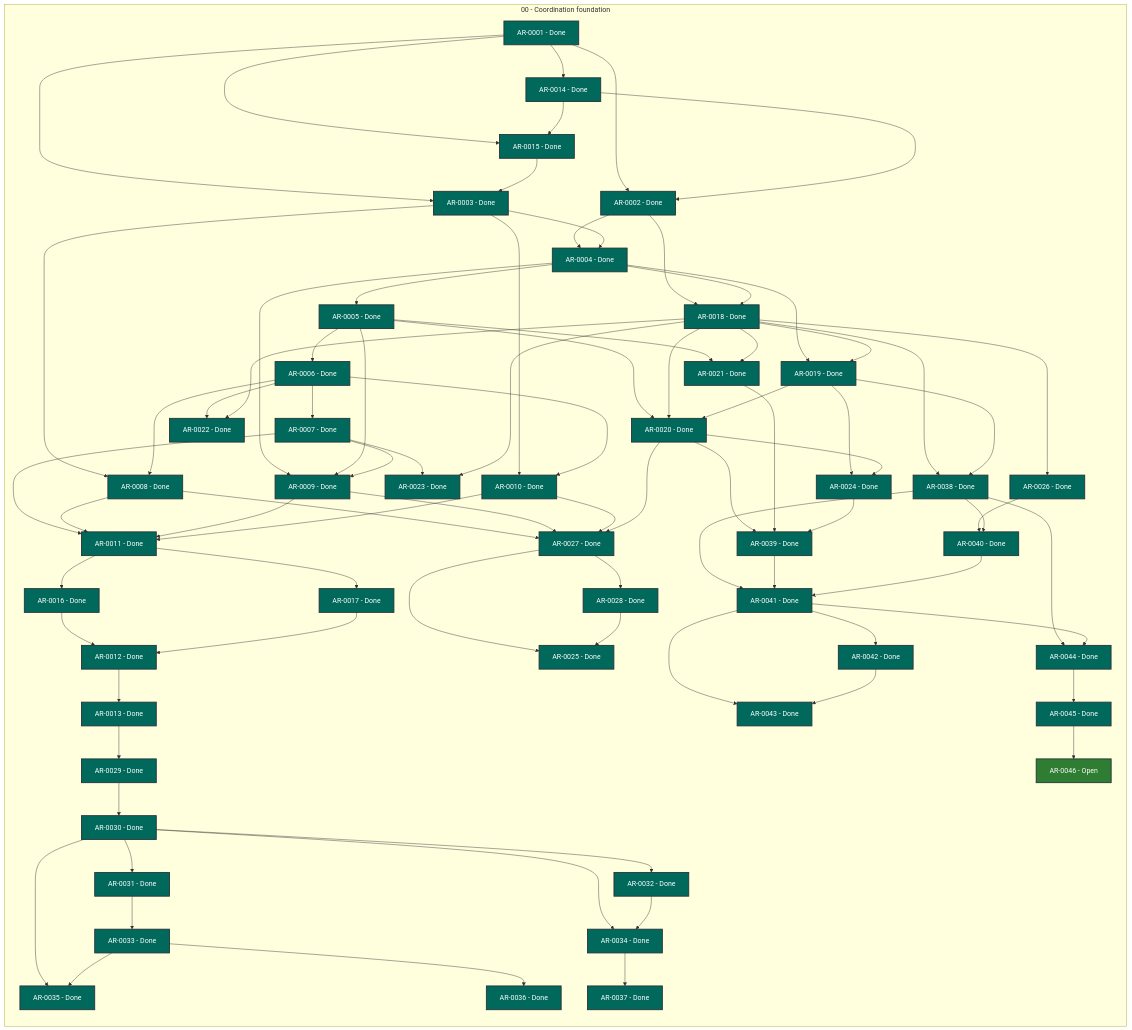
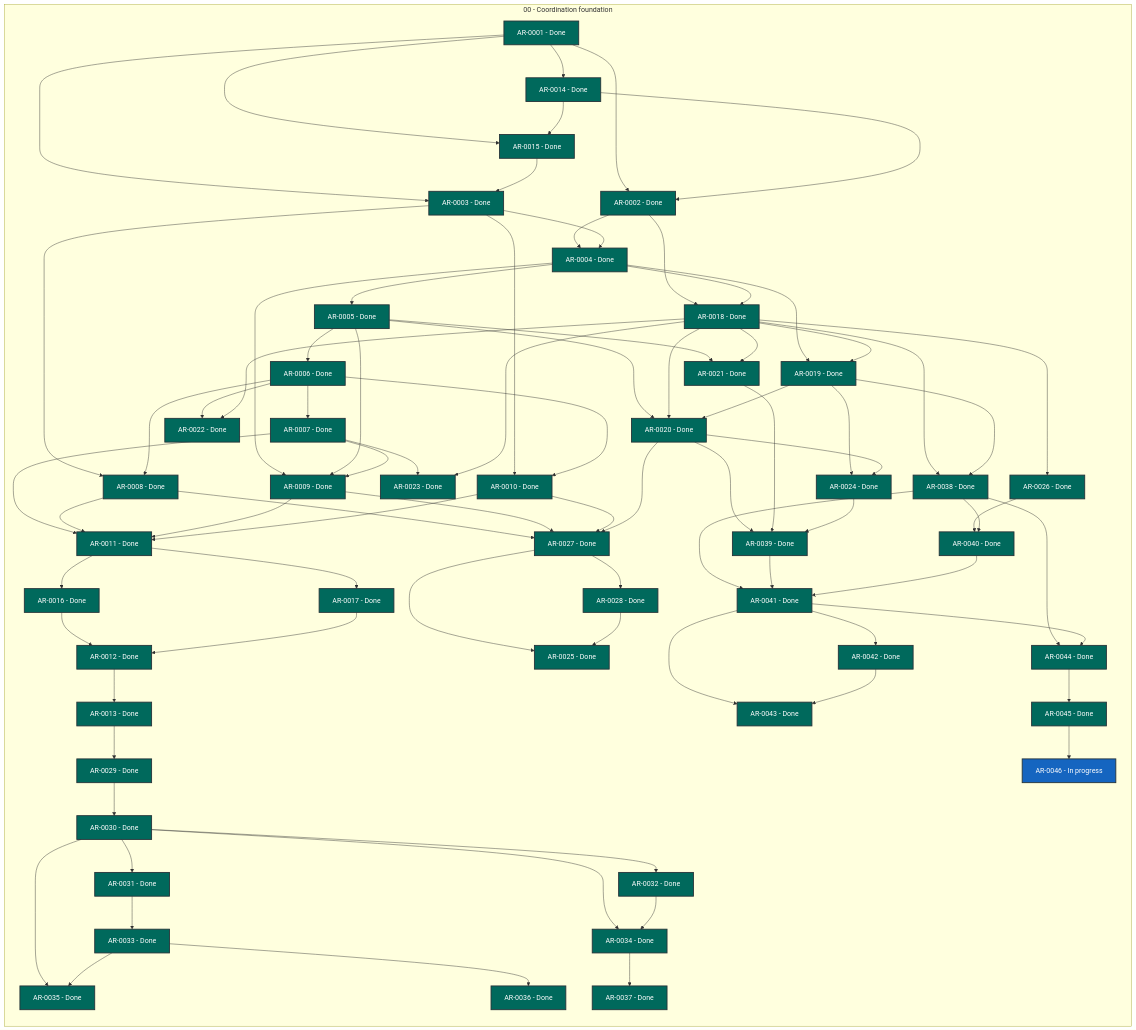
The diagram in STATUS.md (martin-beck/agent-workflow-tui-state), drawn with Mermaid before and after one commit. The commit also changed other lines of this file and 2 other files, not shown here.

```diff
--- a/STATUS.md
+++ b/STATUS.md
@@ -73,7 +73,7 @@
         AR_0043["AR-0043 - Done"]:::status_done
         AR_0044["AR-0044 - Done"]:::status_done
         AR_0045["AR-0045 - Done"]:::status_done
-        AR_0046["AR-0046 - Open"]:::status_open
+        AR_0046["AR-0046 - In progress"]:::status_in_progress
     end
     AR_0001 --> AR_0002
     AR_0001 --> AR_0003
```
